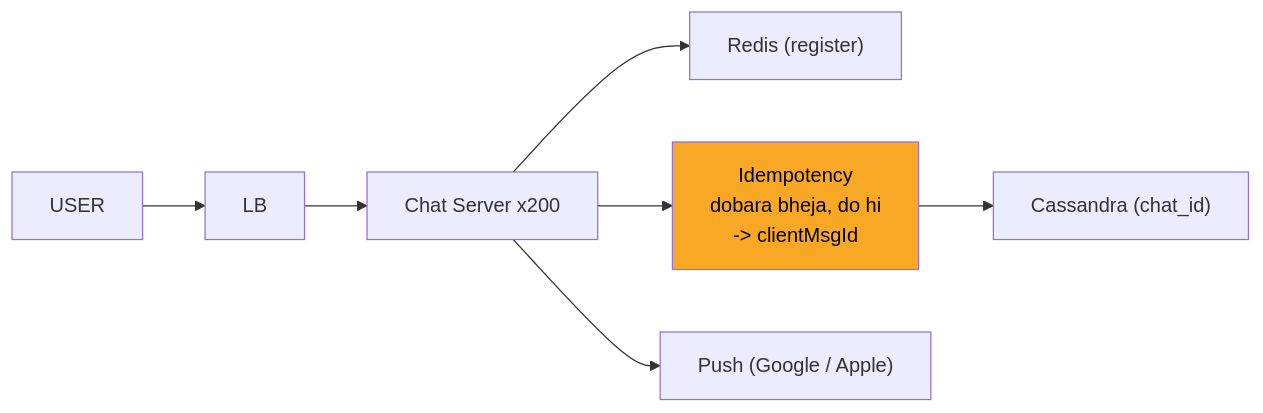
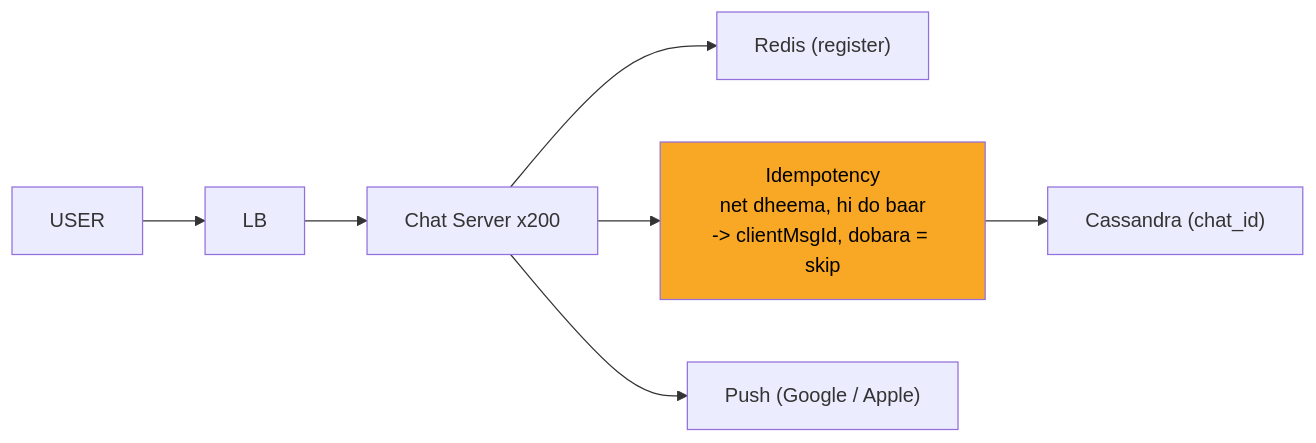
One commit to ArpanMaheshwari144/Prep changed the sixth of 12 diagrams in 04_HLD/SYSTEM_DESIGNS/14_chat_messaging/14_chat_messaging.md. Above: the diagram before and after it, drawn with Mermaid. The commit also changed other lines of this file, not shown here.

Commit message:
chat: audit fixes (msg_ts until card 6 brings seq, real NAHI answers, longer yellow labels, LB yellow, archetype footer, JAD KI BAAT moved)

````diff
--- a/04_HLD/SYSTEM_DESIGNS/14_chat_messaging/14_chat_messaging.md
+++ b/04_HLD/SYSTEM_DESIGNS/14_chat_messaging/14_chat_messaging.md
@@ -253,17 +244,17 @@
 ```mermaid
 flowchart LR
     n_U["USER"]
     n_LB["LB"]
     n_CS["Chat Server x200"]
     n_R["Redis (register)"]
-    n_I["Idempotency<br/>dobara bheja, do hi<br/>-> clientMsgId"]
+    n_I["Idempotency<br/>net dheema, hi do baar<br/>-> clientMsgId, dobara = skip"]
     n_CA["Cassandra (chat_id)"]
     n_P["Push (Google / Apple)"]
     n_U --> n_LB
     n_LB --> n_CS
     n_CS --> n_R
     n_CS --> n_I
     n_I --> n_CA
     n_CS --> n_P
     style n_I fill:#f9a825,color:#000
 ```
````
